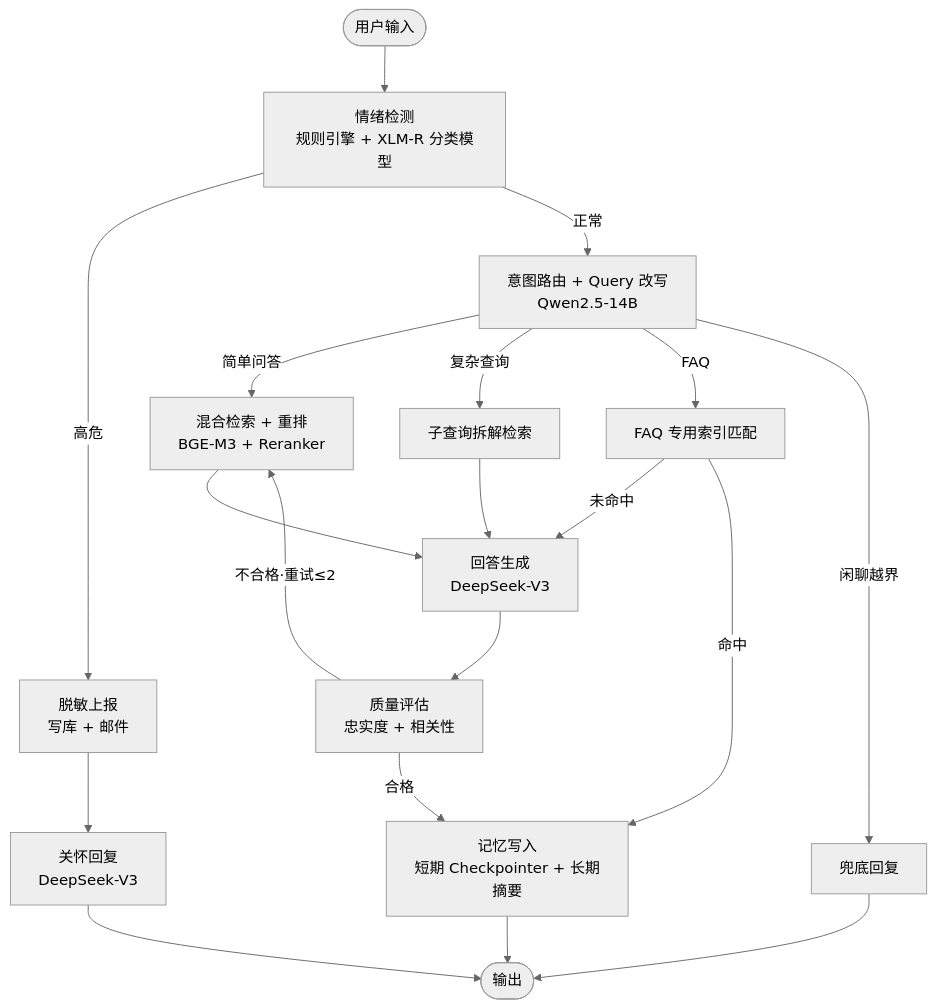
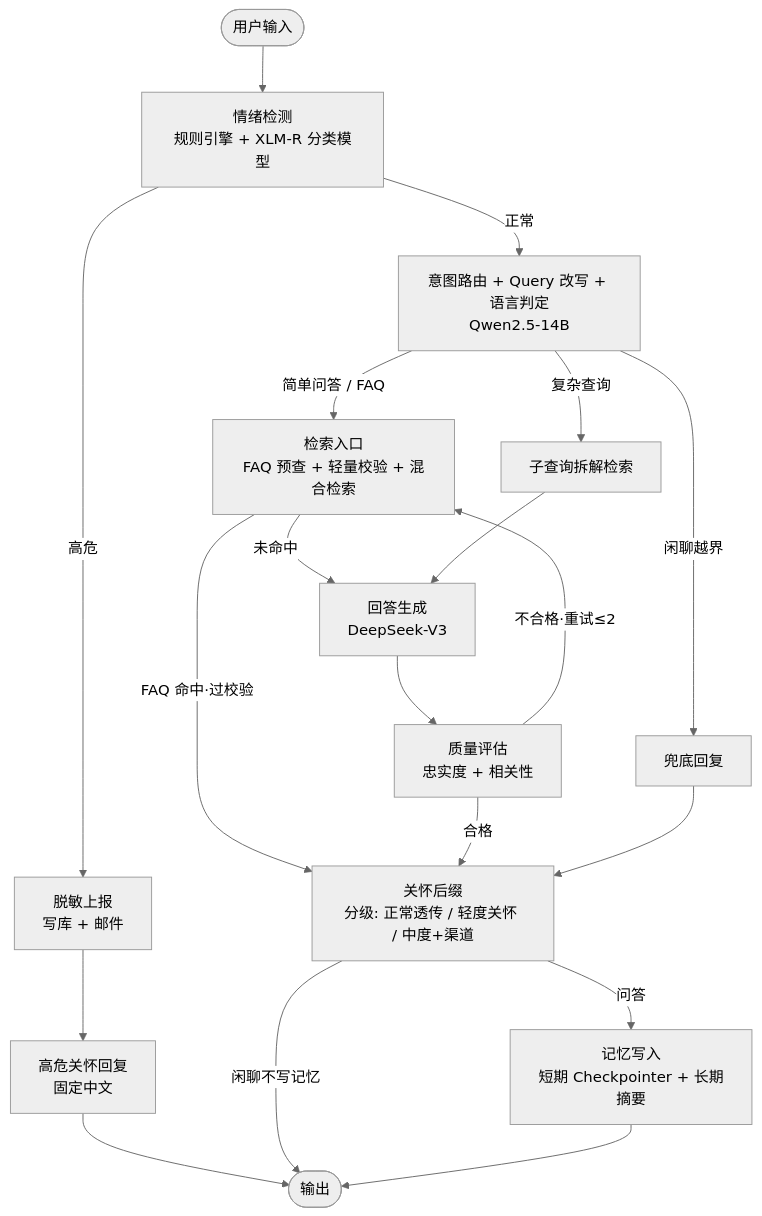
One commit to changchen331/XiaoDan-Da changed the diagram in README.md. Above: the diagram before and after it, drawn with Mermaid (neutral theme). The commit also changed other lines of this file and 21 other files, not shown here.

````diff
--- a/README.md
+++ b/README.md
@@ -18,20 +25,18 @@
 ```mermaid
 flowchart TB
     START([用户输入]) --> EMOTION[情绪检测<br/>规则引擎 + XLM-R 分类模型]
-    EMOTION -- 高危 --> REPORT[脱敏上报<br/>写库 + 邮件] --> CARE[关怀回复<br/>DeepSeek-V3]
-    EMOTION -- 正常 --> INTENT[意图路由 + Query 改写<br/>Qwen2.5-14B]
-    INTENT -- 简单问答 --> RETRIEVE[混合检索 + 重排<br/>BGE-M3 + Reranker]
+    EMOTION -- 高危 --> REPORT[脱敏上报<br/>写库 + 邮件] --> CARE[高危关怀回复<br/>固定中文] --> END_FINISH([输出])
+    EMOTION -- 正常 --> INTENT[意图路由 + Query 改写 + 语言判定<br/>Qwen2.5-14B]
+    INTENT -- 简单问答 / FAQ --> RETRIEVE[检索入口<br/>FAQ 预查 + 轻量校验 + 混合检索]
     INTENT -- 复杂查询 --> PLAN[子查询拆解检索]
-    INTENT -- FAQ --> FAQ[FAQ 专用索引匹配]
     INTENT -- 闲聊越界 --> CHAT[兜底回复]
-    RETRIEVE --> GENERATE[回答生成<br/>DeepSeek-V3]
+    RETRIEVE -- FAQ 命中·过校验 --> SUFFIX[关怀后缀<br/>分级: 正常透传 / 轻度关怀 / 中度+渠道]
+    RETRIEVE -- 未命中 --> GENERATE[回答生成<br/>DeepSeek-V3]
     PLAN --> GENERATE
-    FAQ -- 未命中 --> GENERATE
-    FAQ -- 命中 --> MEMORY
     GENERATE --> QUALITY[质量评估<br/>忠实度 + 相关性]
     QUALITY -- 不合格·重试≤2 --> RETRIEVE
-    QUALITY -- 合格 --> MEMORY[记忆写入<br/>短期 Checkpointer + 长期摘要]
-    CHAT --> END_FINISH([输出])
-    CARE --> END_FINISH
-    MEMORY --> END_FINISH
+    QUALITY -- 合格 --> SUFFIX
+    CHAT --> SUFFIX
+    SUFFIX -- 闲聊不写记忆 --> END_FINISH
+    SUFFIX -- 问答 --> MEMORY[记忆写入<br/>短期 Checkpointer + 长期摘要] --> END_FINISH
 ```
````
